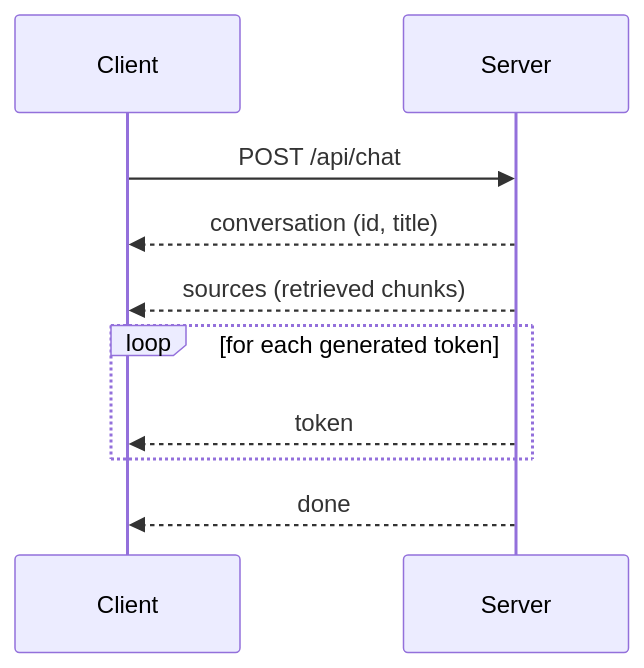
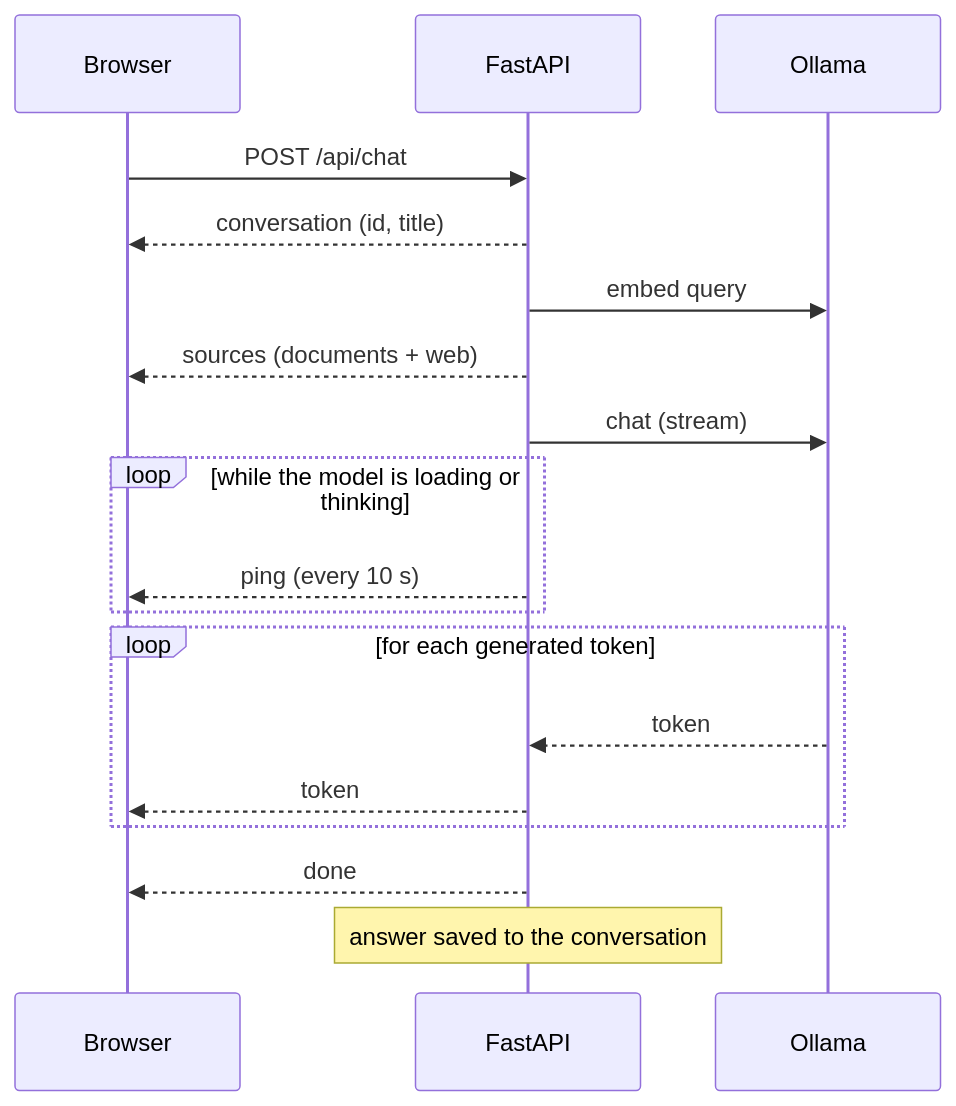
Before and after one commit to JakubRzadzki/Local-RAG-System: the sixth of 6 diagrams in README.md, drawn with Mermaid. The commit also changed other lines of this file, not shown here.

Commit message:
docs: rewrite README with stack, diagrams, Docker setup, web search, hardware and results

````diff
--- a/README.md
+++ b/README.md
@@ -223,12 +232,20 @@
 ```mermaid
 sequenceDiagram
-    participant C as Client
-    participant S as Server
+    participant C as Browser
+    participant S as FastAPI
+    participant O as Ollama
     C->>S: POST /api/chat
     S-->>C: conversation (id, title)
-    S-->>C: sources (retrieved chunks)
+    S->>O: embed query
+    S-->>C: sources (documents + web)
+    S->>O: chat (stream)
+    loop while the model is loading or thinking
+        S-->>C: ping (every 10 s)
+    end
     loop for each generated token
+        O-->>S: token
         S-->>C: token
     end
     S-->>C: done
+    Note over S: answer saved to the conversation
 ```
````
